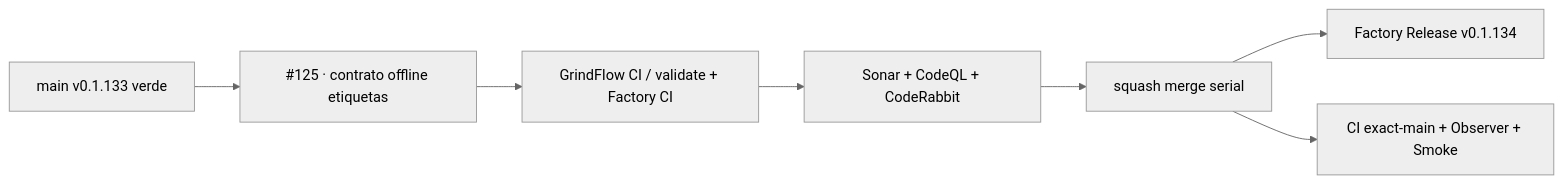
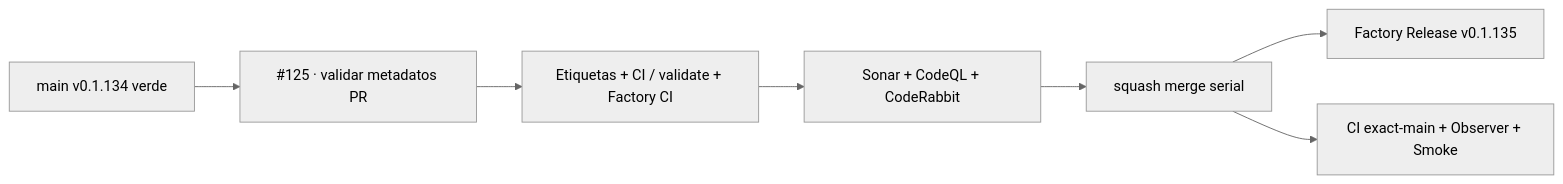
One commit to pl0n3r/GrindFlow changed the diagram in README.md. Above: the diagram before and after it, drawn with Mermaid (neutral theme). The commit also changed other lines of this file and 7 other files, not shown here.

First line of the commit message:
ci(governance): exigir metadatos de etiquetas en PR (V 0.1.135) (#166)

````diff
--- a/README.md
+++ b/README.md
@@ -47,9 +47,9 @@
 ```mermaid
 flowchart LR
-  A["main v0.1.133 verde"] --> P["#125 · contrato offline etiquetas"]
-  P --> F["GrindFlow CI / validate + Factory CI"]
+  A["main v0.1.134 verde"] --> P["#125 · validar metadatos PR"]
+  P --> F["Etiquetas + CI / validate + Factory CI"]
   F --> Q["Sonar + CodeQL + CodeRabbit"]
   Q --> M["squash merge serial"]
-  M --> R["Factory Release v0.1.134"]
+  M --> R["Factory Release v0.1.135"]
   M --> X["CI exact-main + Observer + Smoke"]
 ```
````
